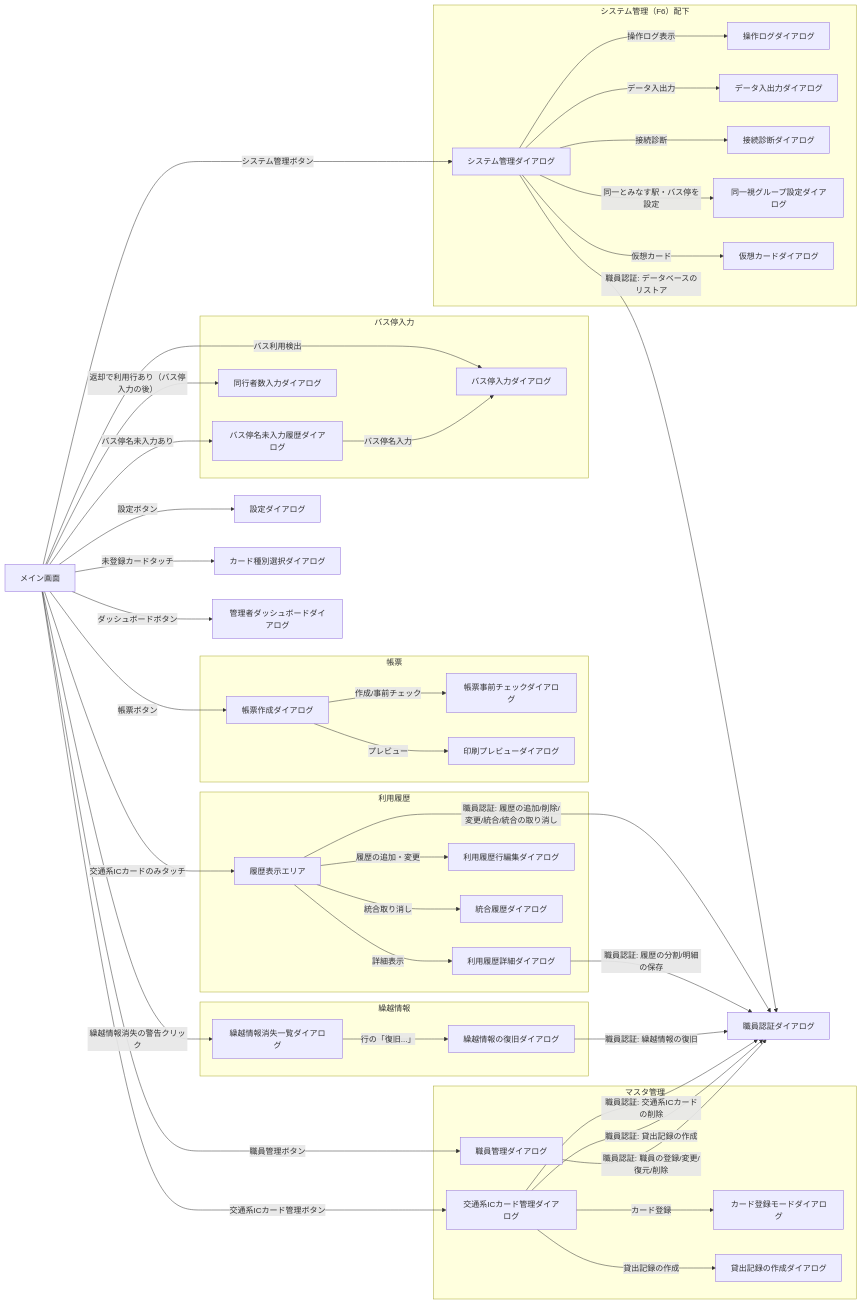
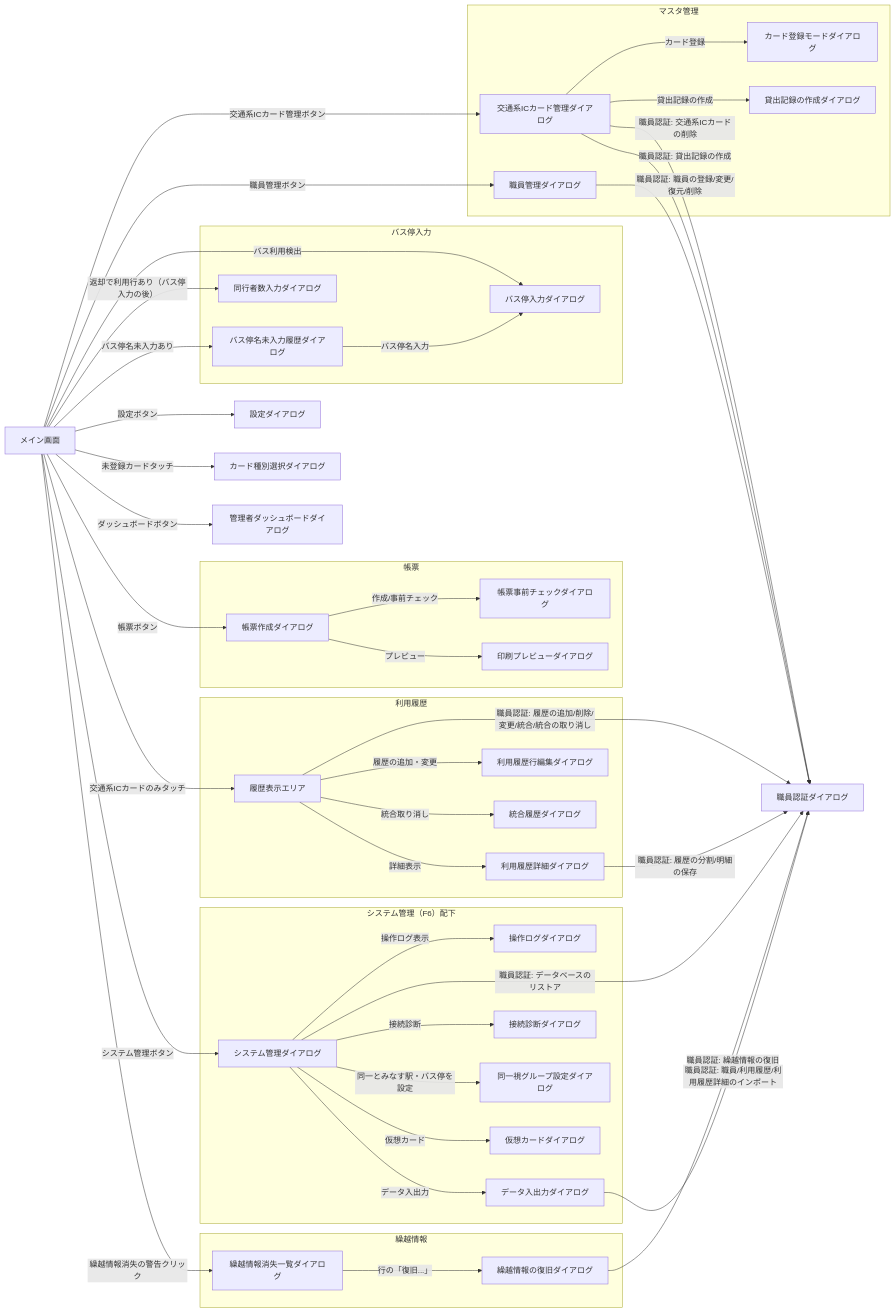
One commit to kuwayamamasayuki/ICCardManager changed the first of 2 diagrams in ICCardManager/docs/design/03_画面設計書.md. Above: the diagram before and after it, drawn with Mermaid. The commit also changed other lines of this file and 30 other files, not shown here.

````diff
--- a/ICCardManager/docs/design/03_画面設計書.md
+++ b/ICCardManager/docs/design/03_画面設計書.md
@@ -98,4 +98,5 @@
     LEDGERDETAIL -->|職員認証: 履歴の分割/明細の保存| STAFFAUTH
     SYSMGMT -->|職員認証: データベースのリストア| STAFFAUTH
     CARRYRECOVER -->|職員認証: 繰越情報の復旧| STAFFAUTH
+    DATAEXIMP -->|職員認証: 職員/利用履歴/利用履歴詳細のインポート| STAFFAUTH
 ```
````
